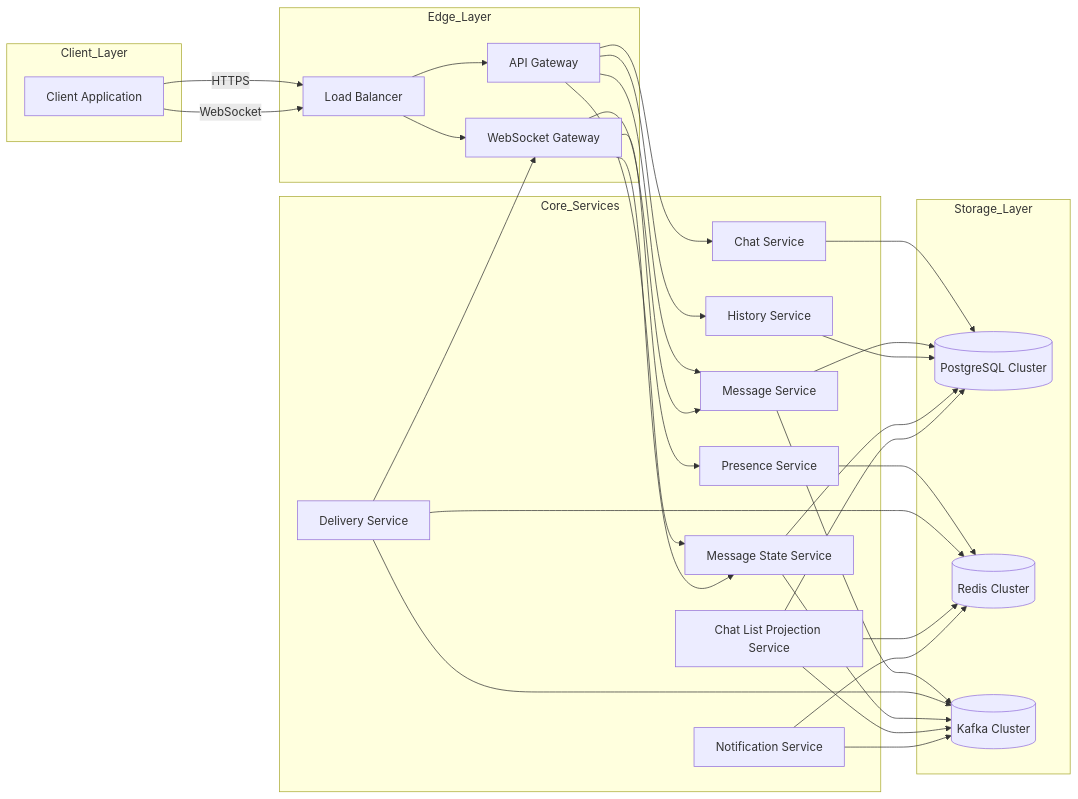
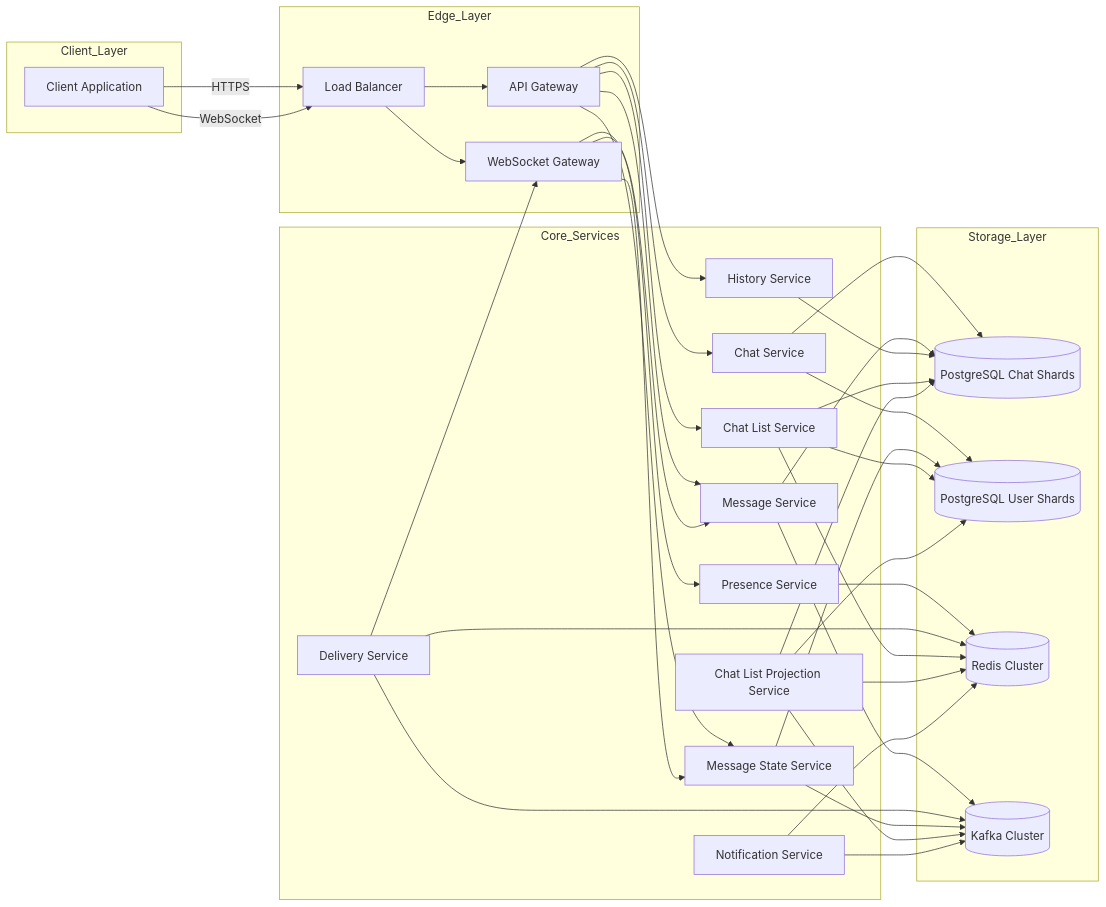
The second of 10 diagrams in technical_solution_messenger.md (jerempir/Technical-Solution-for-a-Messenger-System), drawn with Mermaid before and after one commit. The commit also changed other lines of this file, not shown here.

````diff
--- a/technical_solution_messenger.md
+++ b/technical_solution_messenger.md
@@ -792,64 +940,73 @@
 ```mermaid
 graph LR
     subgraph Client_Layer
         Client[Client Application]
     end
 
     subgraph Edge_Layer
         LB[Load Balancer]
         APIGW[API Gateway]
         WSGW[WebSocket Gateway]
     end
 
     subgraph Core_Services
         ChatService[Chat Service]
         MessageService[Message Service]
         HistoryService[History Service]
         DeliveryService[Delivery Service]
         PresenceService[Presence Service]
         StateService[Message State Service]
+        ChatListService[Chat List Service]
         ProjectionService[Chat List Projection Service]
         NotificationService[Notification Service]
     end
 
     subgraph Storage_Layer
-        Postgres[(PostgreSQL Cluster)]
+        PostgresChat[(PostgreSQL Chat Shards)]
+        PostgresUser[(PostgreSQL User Shards)]
         Redis[(Redis Cluster)]
         Kafka[(Kafka Cluster)]
     end
 
     Client -->|HTTPS| LB
     Client -->|WebSocket| LB
 
     LB --> APIGW
     LB --> WSGW
 
     APIGW --> ChatService
     APIGW --> MessageService
     APIGW --> HistoryService
     APIGW --> StateService
+    APIGW --> ChatListService
 
     WSGW --> MessageService
     WSGW --> PresenceService
     WSGW --> StateService
 
-    ChatService --> Postgres
-    MessageService --> Postgres
+    ChatService --> PostgresChat
+    ChatService --> PostgresUser
+    MessageService --> PostgresChat
     MessageService --> Kafka
-    HistoryService --> Postgres
+    HistoryService --> PostgresChat
 
     PresenceService --> Redis
     DeliveryService --> Kafka
     DeliveryService --> Redis
     DeliveryService --> WSGW
 
-    StateService --> Postgres
+    StateService --> PostgresUser
     StateService --> Kafka
 
+    ChatListService --> PostgresUser
+    ChatListService --> PostgresChat
+    ChatListService --> Redis
+
     ProjectionService --> Kafka
-    ProjectionService --> Postgres
+    ProjectionService --> PostgresUser
+    ProjectionService --> PostgresChat
     ProjectionService --> Redis
 
     NotificationService --> Kafka
     NotificationService --> Redis
 ```
````
